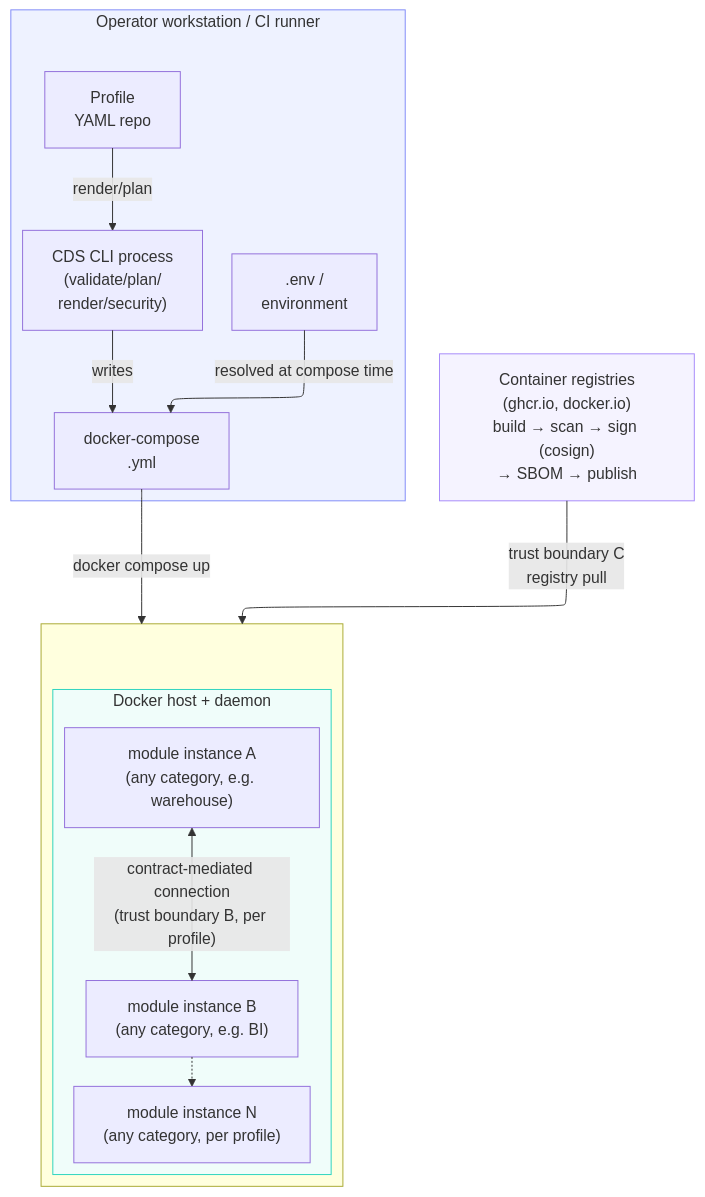
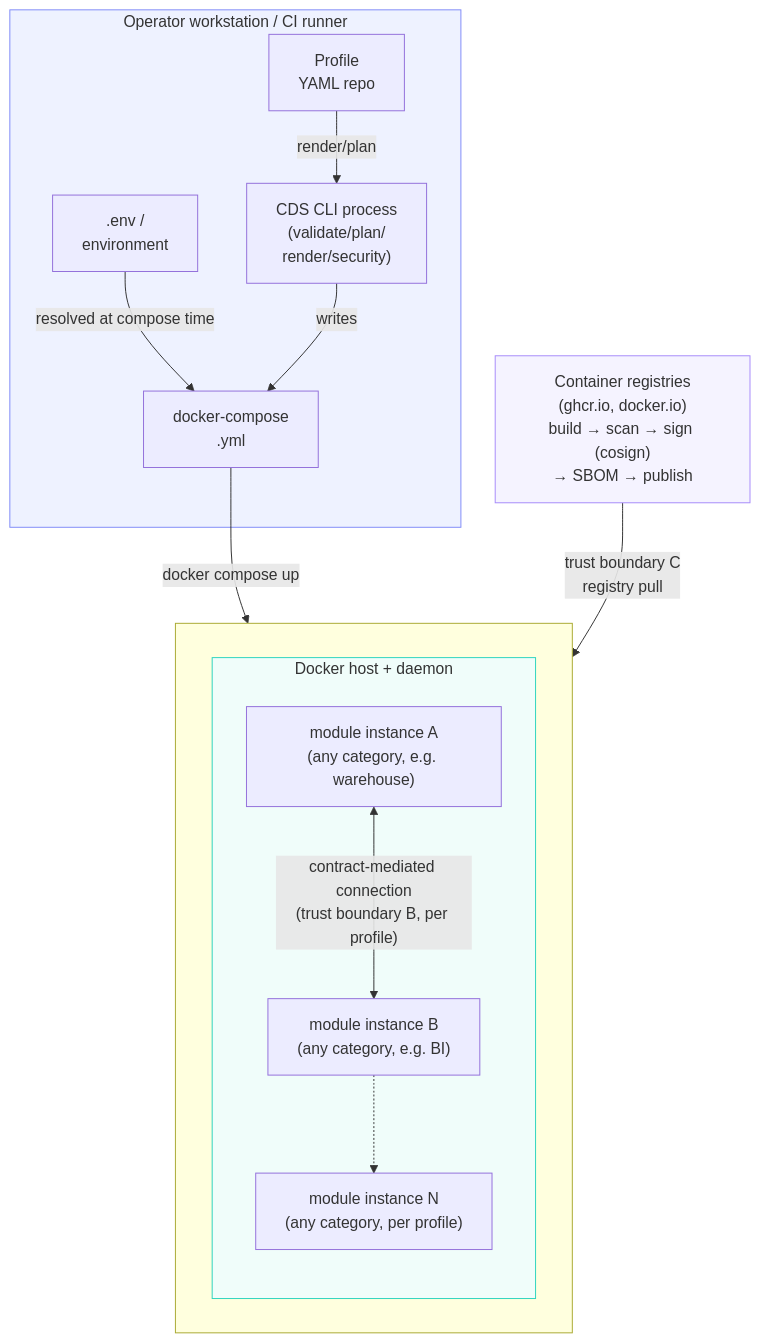
One commit to RonaldHensbergen/composable-data-stack changed the diagram in docs/threat-model.md. Above: the diagram before and after it, drawn with Mermaid. The commit also changed 1 other file, not shown here.

Commit message:
Removed elk config and copied diagram

````diff
--- a/docs/threat-model.md
+++ b/docs/threat-model.md
@@ -70,35 +70,31 @@
 ```mermaid
----
-config:
-  layout: elk
----
 flowchart TB
  subgraph workstation["Operator workstation / CI runner"]
         profileYaml["Profile<br>YAML repo"]
         cliProcess["CDS CLI process<br>(validate/plan/<br>render/security)"]
         envFile[".env /<br>environment"]
         dockerCompose["docker-compose<br>.yml"]
   end
  subgraph dockerDaemon["Docker host + daemon"]
         moduleA["module instance A<br>(any category, e.g. warehouse)"]
         moduleB["module instance B<br>(any category, e.g. BI)"]
         moduleN["module instance N<br>(any category, per profile)"]
   end
  subgraph trustBoundaryA[" "]
         dockerDaemon
   end
     envFile -- "resolved at compose time" --> dockerCompose
     profileYaml -- "render/plan" --> cliProcess
     cliProcess -- "writes" --> dockerCompose
     dockerCompose -- "docker compose up" --> trustBoundaryA
     moduleA <-- "contract-mediated connection<br>(trust boundary B, per profile)" --> moduleB
     moduleB -.-> moduleN
     registries["Container registries<br>(ghcr.io, docker.io)<br>build → scan → sign (cosign)<br>→ SBOM → publish"] -- "trust boundary C<br>registry pull" --> trustBoundaryA
 
      workstation:::workstationStyle
      dockerDaemon:::dockerStyle
      registries:::registryStyle
     classDef workstationStyle fill:#eef2ff,stroke:#818cf8
     classDef dockerStyle fill:#f0fdfa,stroke:#2dd4bf
     classDef registryStyle fill:#f5f3ff,stroke:#a78bfa
 ```
````
